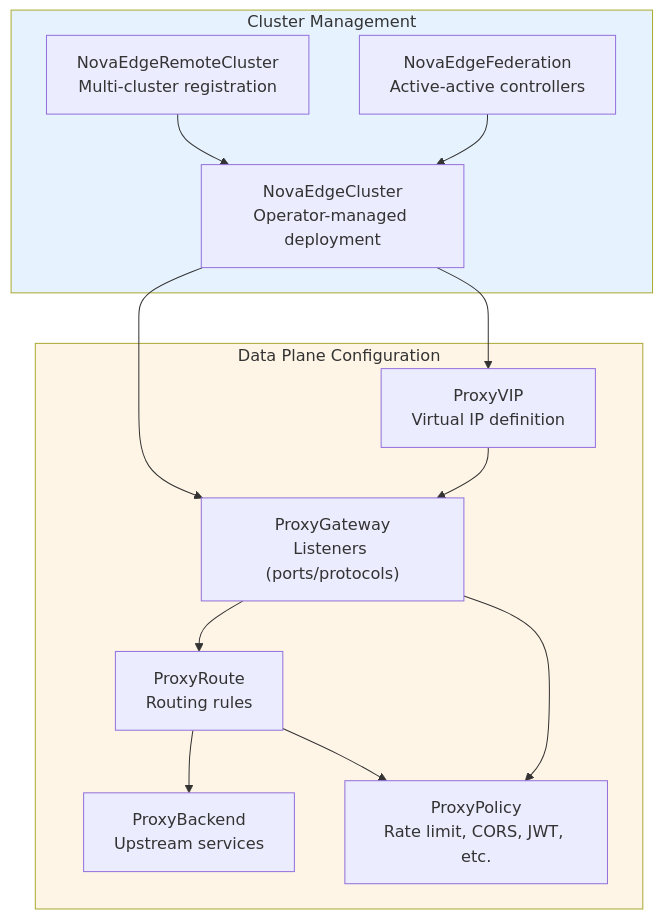
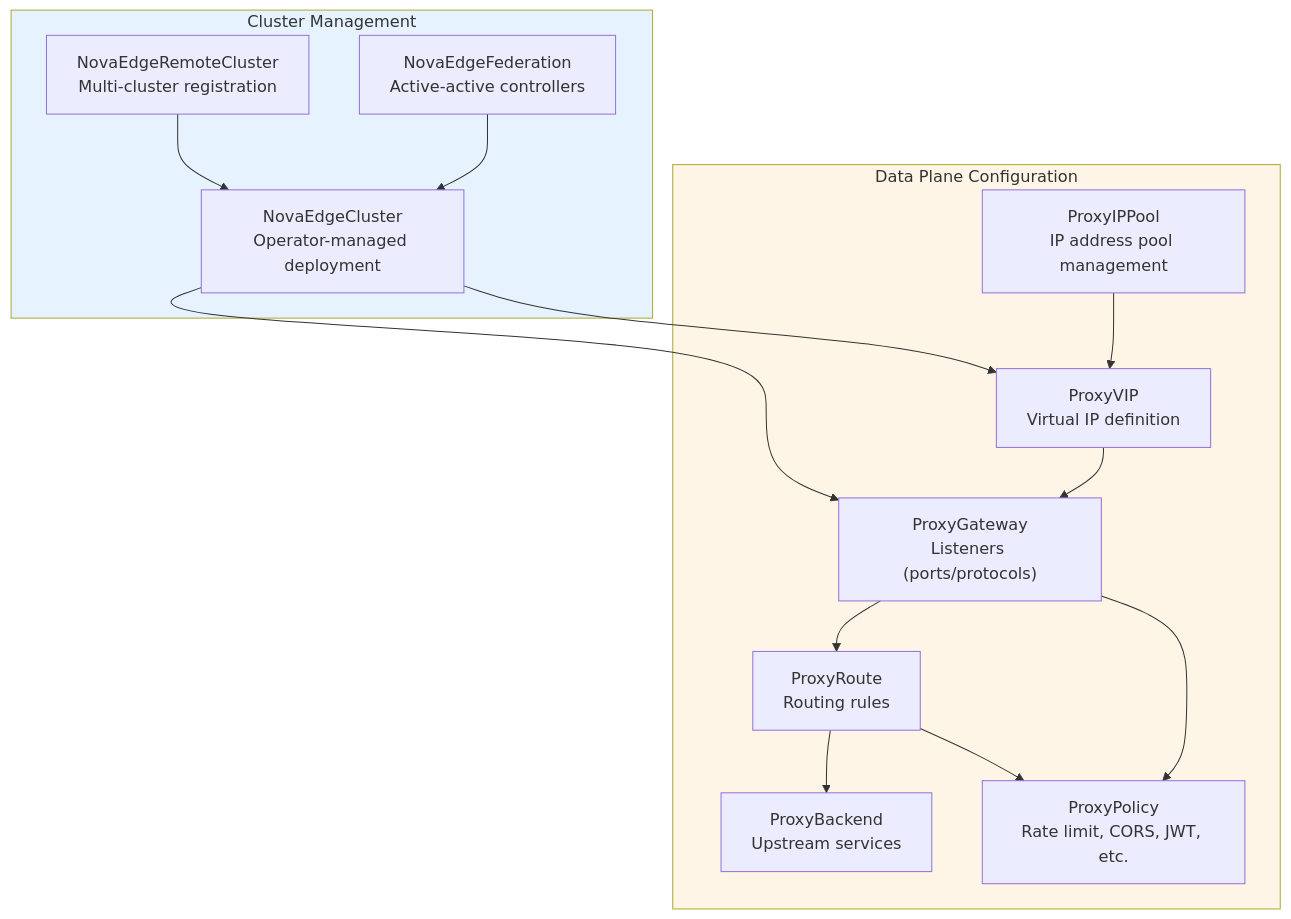
The first of 5 diagrams in docs/reference/crd-reference.md (azrtydxb/novaedge), drawn with Mermaid before and after one commit. The commit also changed other lines of this file and 39 other files, not shown here.

First line of the commit message:
[Feature] VIP enhancements: BFD, OSPF, IPv6 dual-stack, IP address pools (#73, #83, #88, #89) (#120)

````diff
--- a/docs/reference/crd-reference.md
+++ b/docs/reference/crd-reference.md
@@ -7,30 +7,32 @@
 ```mermaid
 flowchart TB
     subgraph Cluster["Cluster Management"]
         NEC["NovaEdgeCluster<br/>Operator-managed deployment"]
         NERC["NovaEdgeRemoteCluster<br/>Multi-cluster registration"]
         FED["NovaEdgeFederation<br/>Active-active controllers"]
     end
 
     subgraph DataPlane["Data Plane Configuration"]
         VIP["ProxyVIP<br/>Virtual IP definition"]
+        IPPool["ProxyIPPool<br/>IP address pool management"]
         GW["ProxyGateway<br/>Listeners (ports/protocols)"]
         RT["ProxyRoute<br/>Routing rules"]
         BE["ProxyBackend<br/>Upstream services"]
         POL["ProxyPolicy<br/>Rate limit, CORS, JWT, etc."]
     end
 
     NEC --> GW
     NEC --> VIP
     NERC --> NEC
     FED --> NEC
 
+    IPPool --> VIP
     VIP --> GW
     GW --> RT
     RT --> BE
     RT --> POL
     GW --> POL
 
     style Cluster fill:#e6f3ff
     style DataPlane fill:#fff5e6
 ```
````
